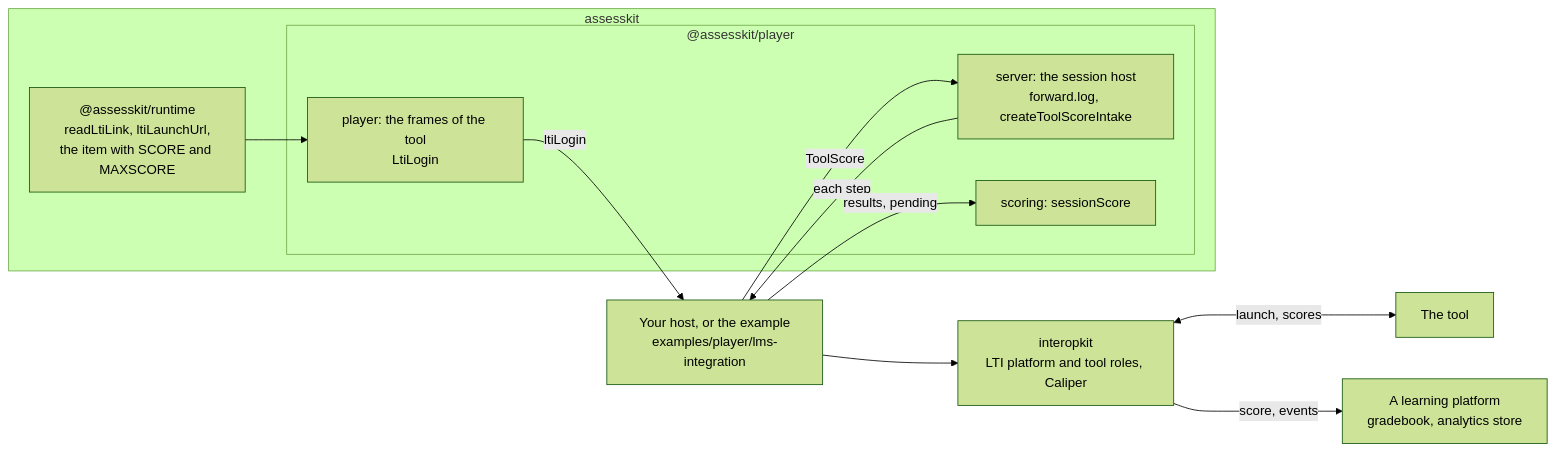
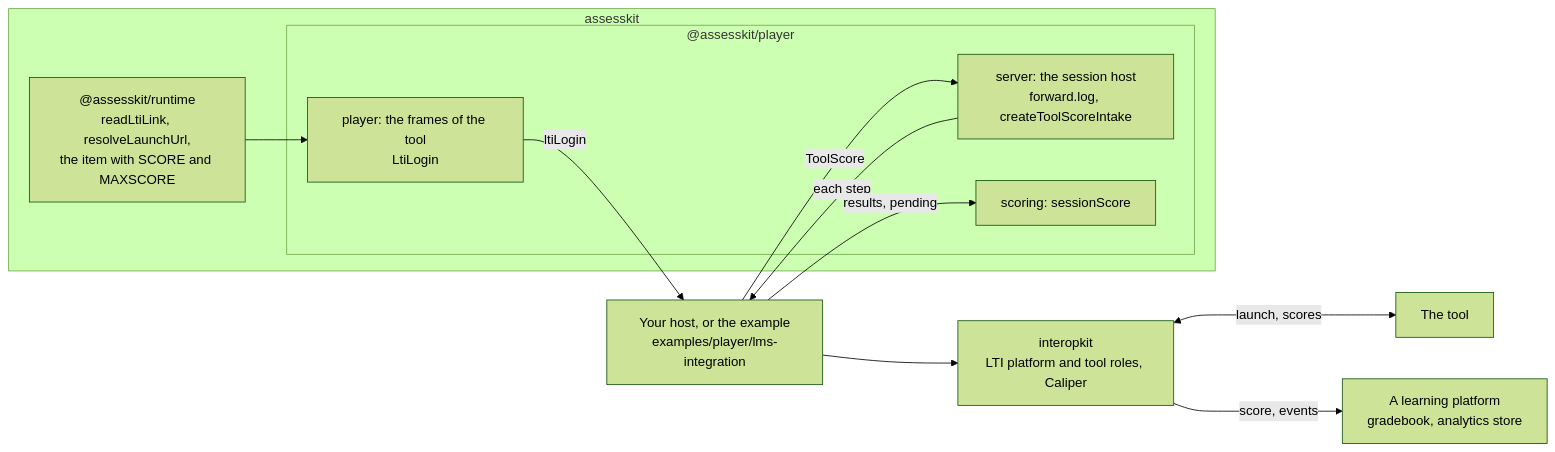
Before and after one commit to assesskit/assesskit: the first of 2 diagrams in docs/player/lti-items.md, drawn with Mermaid (forest theme). The commit also changed other lines of this file and 285 other files, not shown here.

````diff
--- a/docs/player/lti-items.md
+++ b/docs/player/lti-items.md
@@ -9,23 +9,23 @@
 ```mermaid
 flowchart LR
   subgraph assesskit["assesskit"]
-    runtime["@assesskit/runtime<br/>readLtiLink, ltiLaunchUrl,<br/>the item with SCORE and MAXSCORE"]
+    runtime["@assesskit/runtime<br/>readLtiLink, resolveLaunchUrl,<br/>the item with SCORE and MAXSCORE"]
     subgraph player["@assesskit/player"]
       frame["player: the frames of the tool<br/>LtiLogin"]
       srv["server: the session host<br/>forward.log, createToolScoreIntake"]
       scoring["scoring: sessionScore"]
     end
   end
   host["Your host, or the example<br/>examples/player/lms-integration"]
   kit["interopkit<br/>LTI platform and tool roles, Caliper"]
   tool["The tool"]
   lms["A learning platform<br/>gradebook, analytics store"]
   frame -->|ltiLogin| host
   host --> kit
   kit <-->|launch, scores| tool
   host -->|ToolScore| srv
   srv -->|each step| host
   host -->|results, pending| scoring
   kit -->|score, events| lms
   runtime --> frame
 ```
````
